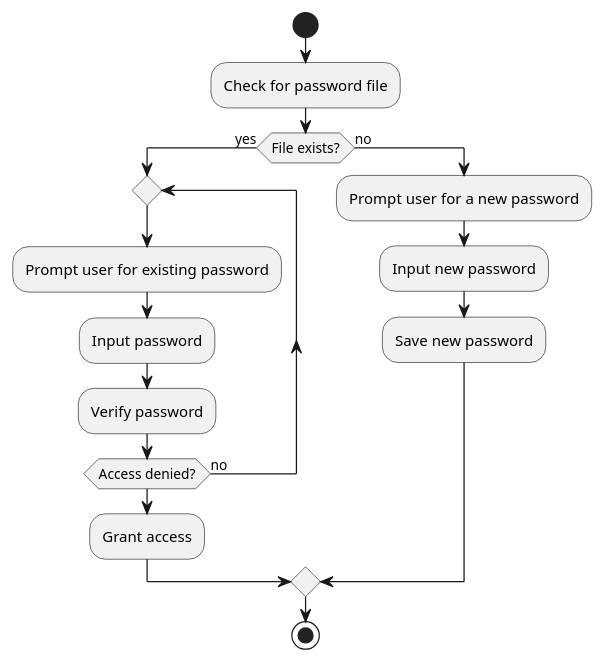
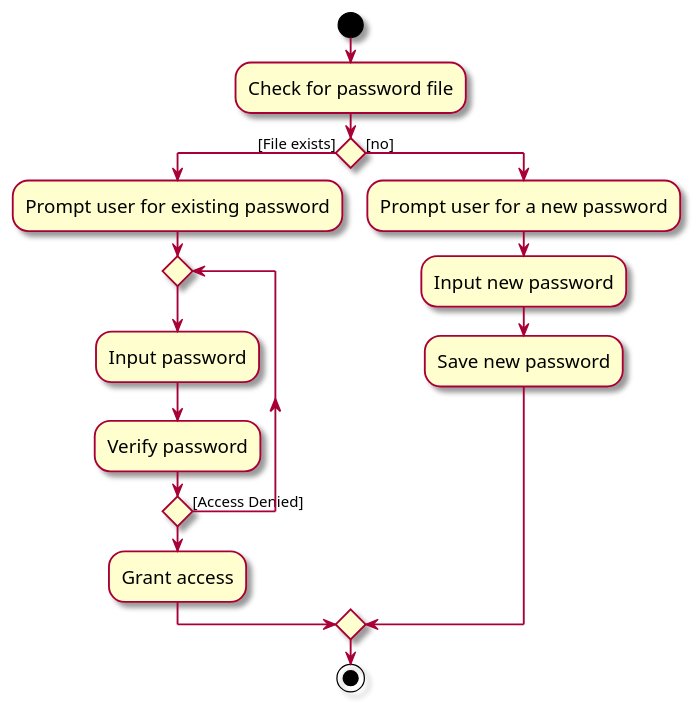
The diagram in docs/diagrams/PasswordManagementActivityDiagram.puml (nus-cs2103-AY2425S1/tp), drawn with PlantUML before and after one commit. The commit also changed 1 other file, not shown here.

```diff
--- a/docs/diagrams/PasswordManagementActivityDiagram.puml
+++ b/docs/diagrams/PasswordManagementActivityDiagram.puml
@@ -1,21 +1,23 @@
 @startuml
 |User|
+skin rose
+skinparam ActivityFontSize 15
+skinparam ArrowFontSize 12
 start
 :Check for password file;
 
-if (File exists?) then (yes)
+if () then ([File exists])
+    :Prompt user for existing password;
     repeat
-        :Prompt user for existing password;
         :Input password;
         :Verify password;
-    repeat while (Access denied?) is (no)
-        :Grant access;
-
-else (no)
+    repeat while () is ([Access Denied])
+    :Grant access;
+else ([no])
     :Prompt user for a new password;
     :Input new password;
     :Save new password;
 endif
 
 stop
 @enduml
```
